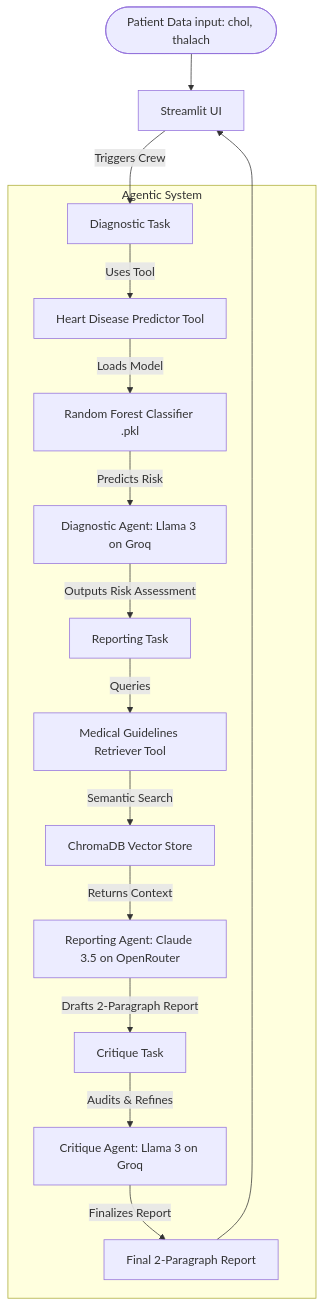
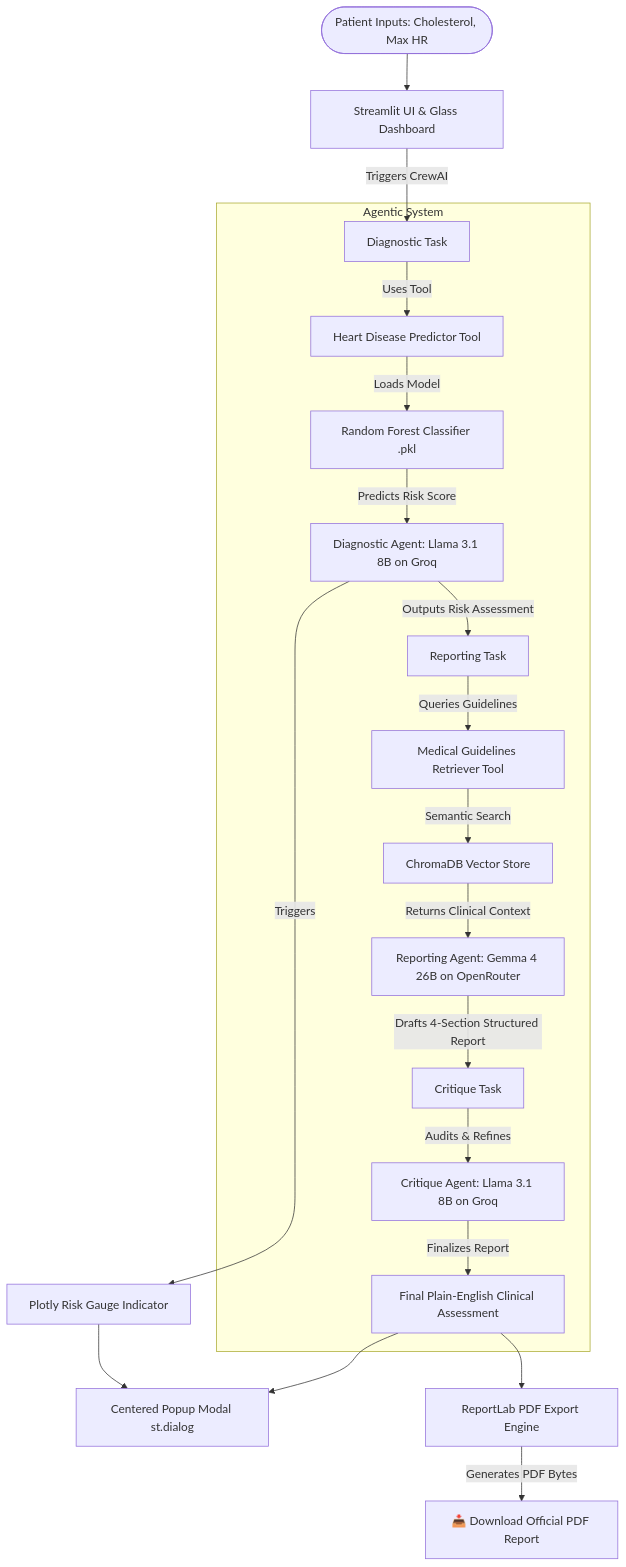
One commit to AnjanaMadhushanaj/Heart_Agent_App changed the diagram in README.md. Above: the diagram before and after it, drawn with Mermaid. The commit also changed other lines of this file, not shown here.

Commit message:
docs: update README.md with Plotly risk gauge, PDF export engine, and centered modal architecture

````diff
--- a/README.md
+++ b/README.md
@@ -18,24 +23,28 @@
 ```mermaid
 graph TD
-    User([Patient Data input: chol, thalach]) --> Streamlit[Streamlit UI]
-    Streamlit -->|Triggers Crew| DiagnosticTask[Diagnostic Task]
+    User([Patient Inputs: Cholesterol, Max HR]) --> Streamlit[Streamlit UI & Glass Dashboard]
+    Streamlit -->|Triggers CrewAI| DiagnosticTask[Diagnostic Task]
     
     subgraph Agentic System
         DiagnosticTask -->|Uses Tool| PredictorTool[Heart Disease Predictor Tool]
         PredictorTool -->|Loads Model| MLModel[Random Forest Classifier .pkl]
-        MLModel -->|Predicts Risk| DiagnosticAgent[Diagnostic Agent: Llama 3 on Groq]
+        MLModel -->|Predicts Risk Score| DiagnosticAgent[Diagnostic Agent: Llama 3.1 8B on Groq]
         
         DiagnosticAgent -->|Outputs Risk Assessment| ReportingTask[Reporting Task]
         
-        ReportingTask -->|Queries| RAGTool[Medical Guidelines Retriever Tool]
+        ReportingTask -->|Queries Guidelines| RAGTool[Medical Guidelines Retriever Tool]
         RAGTool -->|Semantic Search| ChromaDB[ChromaDB Vector Store]
-        ChromaDB -->|Returns Context| ReportingAgent[Reporting Agent: Claude 3.5 on OpenRouter]
+        ChromaDB -->|Returns Clinical Context| ReportingAgent[Reporting Agent: Gemma 4 26B on OpenRouter]
         
-        ReportingAgent -->|Drafts 2-Paragraph Report| CritiqueTask[Critique Task]
+        ReportingAgent -->|Drafts 4-Section Structured Report| CritiqueTask[Critique Task]
         
-        CritiqueTask -->|Audits & Refines| CritiqueAgent[Critique Agent: Llama 3 on Groq]
-        CritiqueAgent -->|Finalizes Report| FinalReport[Final 2-Paragraph Report]
+        CritiqueTask -->|Audits & Refines| CritiqueAgent[Critique Agent: Llama 3.1 8B on Groq]
+        CritiqueAgent -->|Finalizes Report| FinalReport[Final Plain-English Clinical Assessment]
     end
     
-    FinalReport --> Streamlit
+    FinalReport --> Modal[Centered Popup Modal st.dialog]
+    DiagnosticAgent -->|Triggers| GaugeChart[Plotly Risk Gauge Indicator]
+    GaugeChart --> Modal
+    FinalReport --> PDFEngine[ReportLab PDF Export Engine]
+    PDFEngine -->|Generates PDF Bytes| PDFDownload[📥 Download Official PDF Report]
 ```
````
